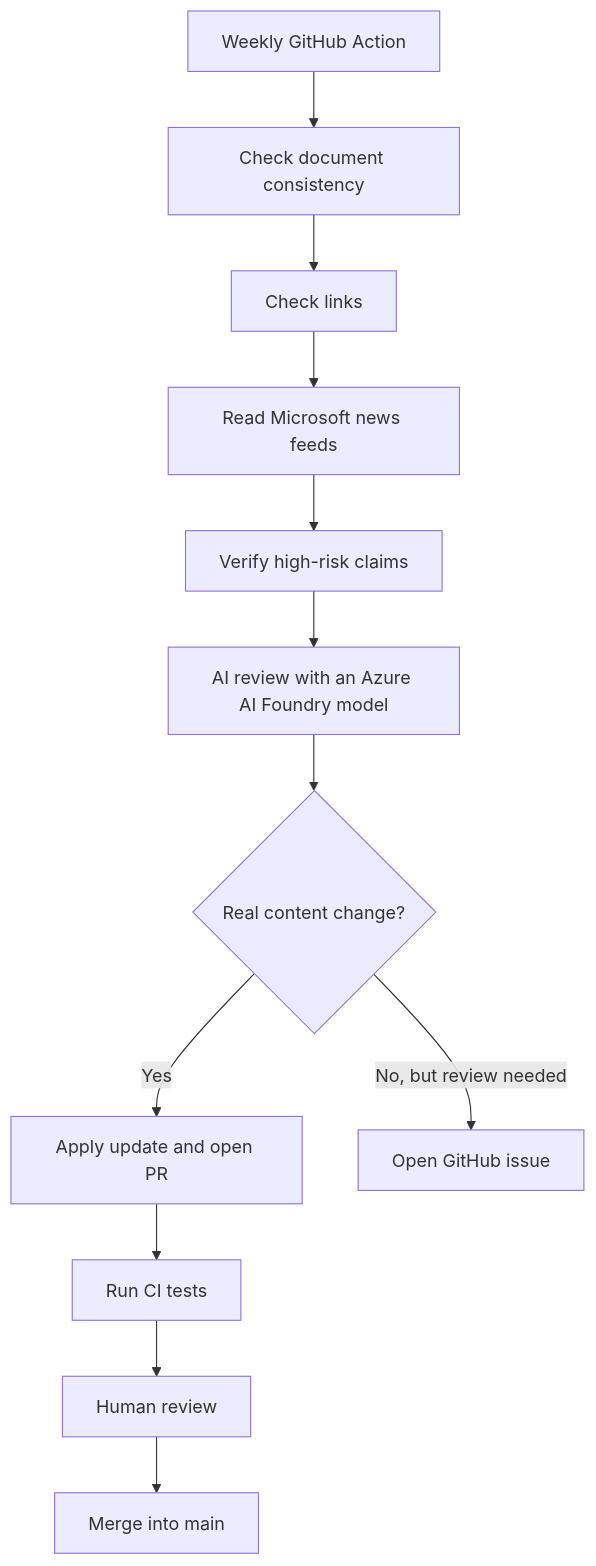
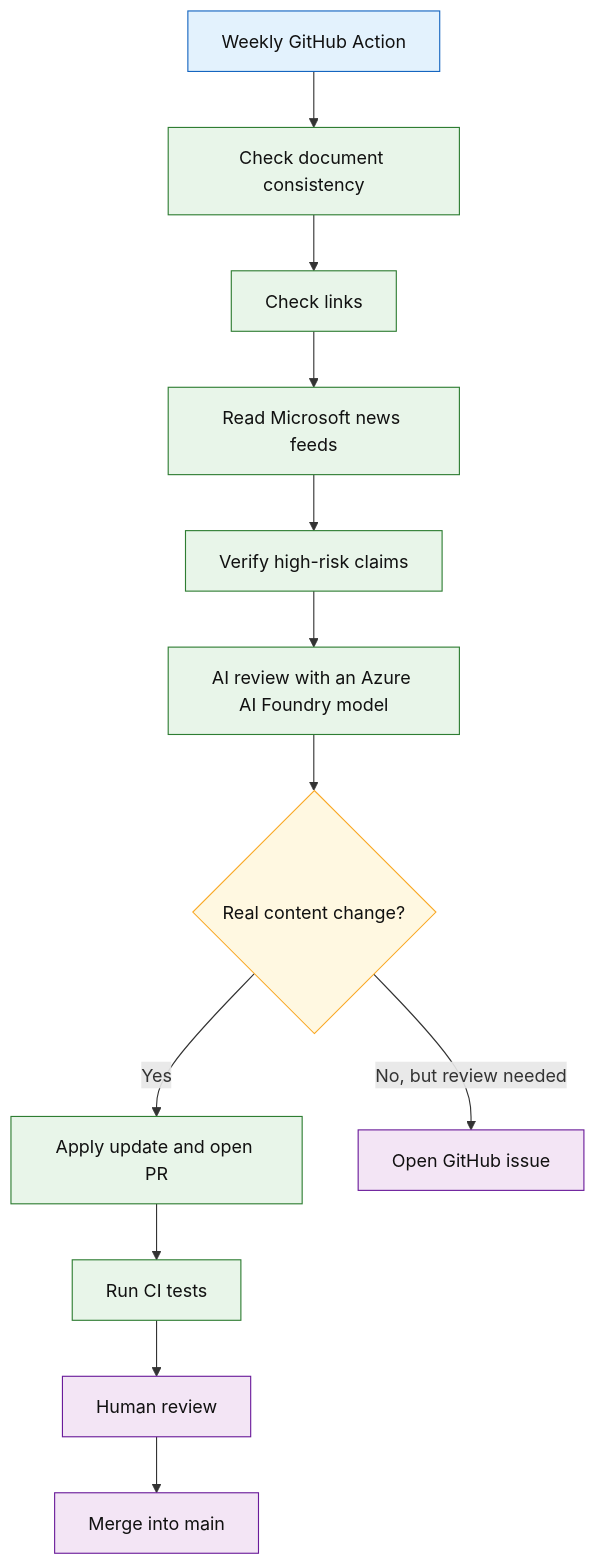
The third of 6 diagrams in docs/sql-migration-advisor-developer-pitch.md (fredgis/sql-migration-advisor), drawn with Mermaid before and after one commit. The commit also changed other lines of this file, not shown here.

````diff
--- a/docs/sql-migration-advisor-developer-pitch.md
+++ b/docs/sql-migration-advisor-developer-pitch.md
@@ -323,14 +347,23 @@
 ```mermaid
 flowchart TD
     A[Weekly GitHub Action] --> B[Check document consistency]
     B --> C[Check links]
     C --> D[Read Microsoft news feeds]
     D --> E[Verify high-risk claims]
     E --> F[AI review with an Azure AI Foundry model]
     F --> G{Real content change?}
     G -- Yes --> H[Apply update and open PR]
     G -- No, but review needed --> I[Open GitHub issue]
     H --> J[Run CI tests]
     J --> K[Human review]
     K --> L[Merge into main]
+
+    classDef entry fill:#e3f2fd,stroke:#1565c0,color:#111
+    classDef step fill:#e8f5e9,stroke:#2e7d32,color:#111
+    classDef ask fill:#fff8e1,stroke:#f9a825,color:#111
+    classDef human fill:#f3e5f5,stroke:#6a1b9a,color:#111
+    class A entry
+    class B,C,D,E,F,H,J step
+    class G ask
+    class I,K,L human
 ```
````
